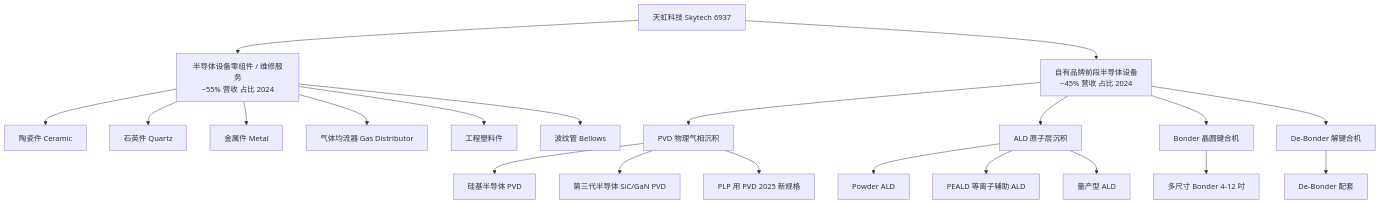
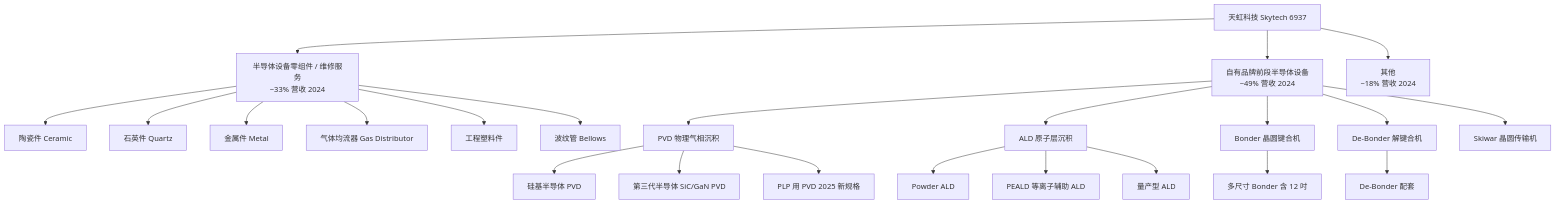
One commit to dadachundan/financial_agent changed the second of 4 diagrams in reports/company/天虹科技_TWSE6937/天虹科技_TWSE6937_Research_Document_zh.md. Above: the diagram before and after it, drawn with Mermaid. The commit also changed other lines of this file, not shown here.

First line of the commit message:
fix(reports/天虹科技_TWSE6937): Step-10 verification — broken URLs, stale prices, wrong attributions

````diff
--- a/reports/company/天虹科技_TWSE6937/天虹科技_TWSE6937_Research_Document_zh.md
+++ b/reports/company/天虹科技_TWSE6937/天虹科技_TWSE6937_Research_Document_zh.md
@@ -180,28 +186,30 @@
 ```mermaid
 graph TD
-    A[天虹科技 Skytech 6937] --> B[半导体设备零组件 / 维修服务<br/>~55% 营收 占比 2024]
-    A --> C[自有品牌前段半导体设备<br/>~45% 营收 占比 2024]
+    A[天虹科技 Skytech 6937] --> B[半导体设备零组件 / 维修服务<br/>~33% 营收 2024]
+    A --> C[自有品牌前段半导体设备<br/>~49% 营收 2024]
+    A --> D[其他<br/>~18% 营收 2024]
 
     B --> B1[陶瓷件 Ceramic]
     B --> B2[石英件 Quartz]
     B --> B3[金属件 Metal]
     B --> B4[气体均流器 Gas Distributor]
     B --> B5[工程塑料件]
     B --> B6[波纹管 Bellows]
 
     C --> C1[PVD 物理气相沉积]
     C --> C2[ALD 原子层沉积]
     C --> C3[Bonder 晶圆键合机]
     C --> C4[De-Bonder 解键合机]
+    C --> C5[Skiwar 晶圆传输机]
 
     C1 --> C1a[硅基半导体 PVD]
     C1 --> C1b[第三代半导体 SiC/GaN PVD]
     C1 --> C1c[PLP 用 PVD 2025 新规格]
 
     C2 --> C2a[Powder ALD]
     C2 --> C2b[PEALD 等离子辅助 ALD]
     C2 --> C2c[量产型 ALD]
 
-    C3 --> C3a[多尺寸 Bonder 4-12 吋]
+    C3 --> C3a[多尺寸 Bonder 含 12 吋]
     C4 --> C4a[De-Bonder 配套]
 ```
````
